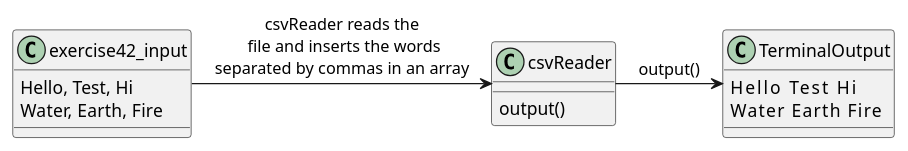
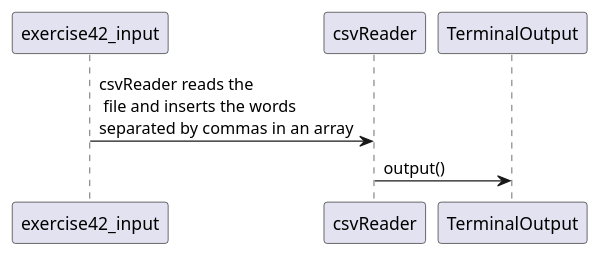
Before and after one commit to liamp616/pido-cop3330-assignment3: the diagram in src/main/java/oop/assignment3/ex42/base/diagram.puml, drawn with PlantUML. The commit also changed 12 other files, not shown here.

```diff
--- a/src/main/java/oop/assignment3/ex42/base/diagram.puml
+++ b/src/main/java/oop/assignment3/ex42/base/diagram.puml
@@ -1,20 +1,7 @@
 @startuml
 'https://plantuml.com/sequence-diagram
 
-class csvReader {
-    output()
-}
-
-class exercise42_input {
-    Hello, Test, Hi
-    Water, Earth, Fire
-}
-
-class TerminalOutput {
-    Hello   Test    Hi
-    Water   Earth   Fire
-}
 
 exercise42_input->csvReader: csvReader reads the\n file and inserts the words\nseparated by commas in an array
 csvReader->TerminalOutput: output()
 @enduml
```
